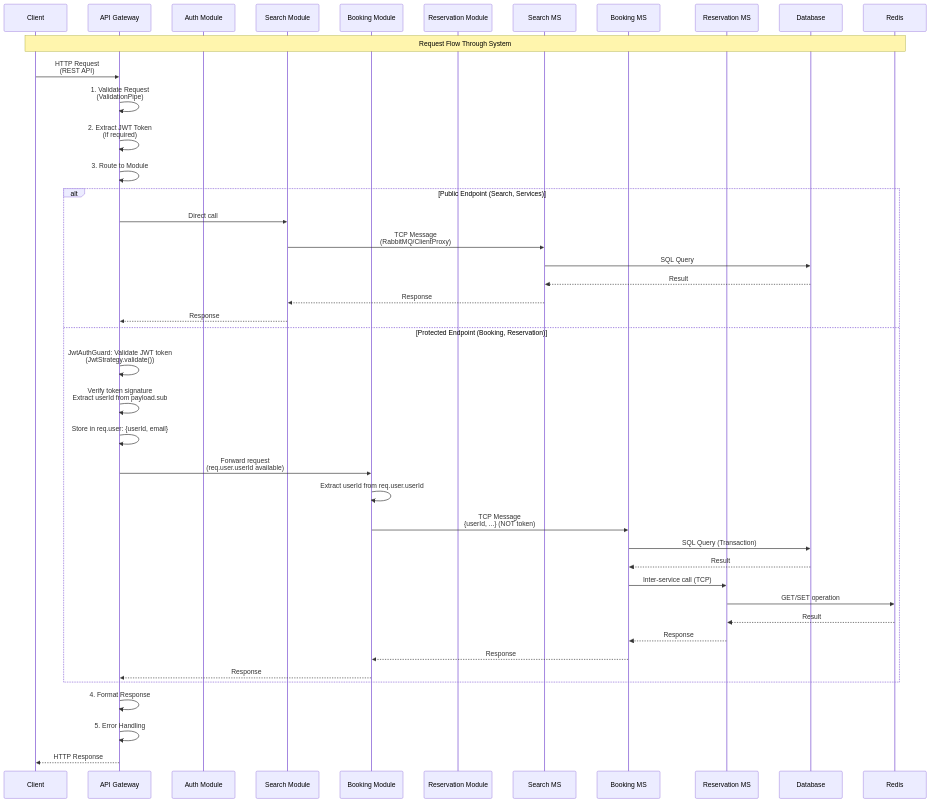
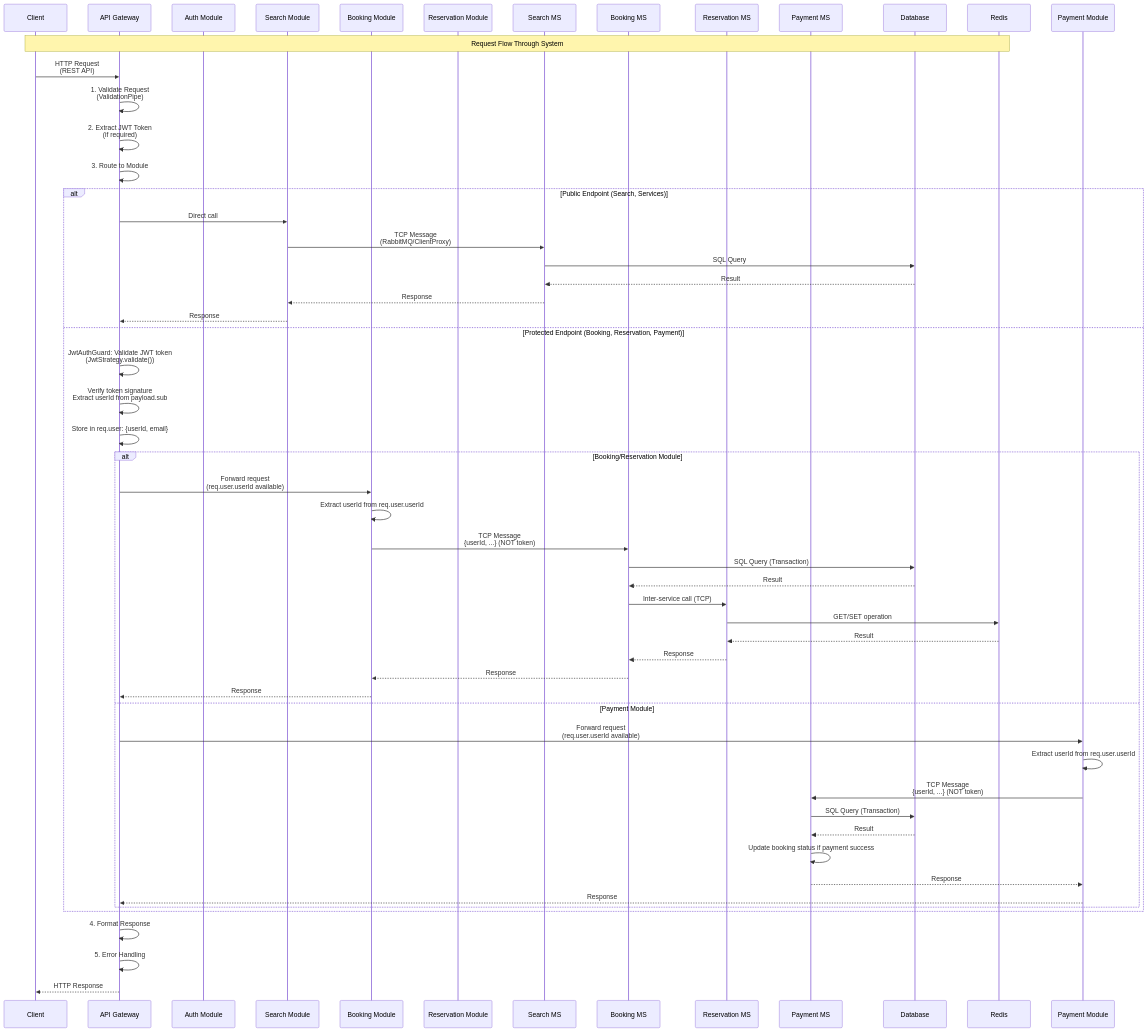
Before and after one commit to Wanderlust-Air-Travel/be-flight-booking: the second of 6 diagrams in docs/api/API_SEQUENCE_DIAGRAMS.md, drawn with Mermaid. The commit also changed other lines of this file and 10 other files, not shown here.

Commit message:
feat: implement payment APIs including create, process, retrieve, and update payment status functionalities; enhance API documentation and testing flow for payment integration

````diff
--- a/docs/api/API_SEQUENCE_DIAGRAMS.md
+++ b/docs/api/API_SEQUENCE_DIAGRAMS.md
@@ -121,49 +146,61 @@
 ```mermaid
 sequenceDiagram
     participant Client
     participant API Gateway
     participant Auth Module
     participant Search Module
     participant Booking Module
     participant Reservation Module
     participant Search MS
     participant Booking MS
     participant Reservation MS
+    participant Payment MS
     participant Database
     participant Redis
 
     Note over Client,Redis: Request Flow Through System
 
     Client->>API Gateway: HTTP Request<br/>(REST API)
     API Gateway->>API Gateway: 1. Validate Request<br/>(ValidationPipe)
     API Gateway->>API Gateway: 2. Extract JWT Token<br/>(if required)
     API Gateway->>API Gateway: 3. Route to Module
 
     alt Public Endpoint (Search, Services)
         API Gateway->>Search Module: Direct call
         Search Module->>Search MS: TCP Message<br/>(RabbitMQ/ClientProxy)
         Search MS->>Database: SQL Query
         Database-->>Search MS: Result
         Search MS-->>Search Module: Response
         Search Module-->>API Gateway: Response
-    else Protected Endpoint (Booking, Reservation)
+    else Protected Endpoint (Booking, Reservation, Payment)
         API Gateway->>API Gateway: JwtAuthGuard: Validate JWT token<br/>(JwtStrategy.validate())
         API Gateway->>API Gateway: Verify token signature<br/>Extract userId from payload.sub
         API Gateway->>API Gateway: Store in req.user: {userId, email}
-        API Gateway->>Booking Module: Forward request<br/>(req.user.userId available)
-        Booking Module->>Booking Module: Extract userId from req.user.userId
-        Booking Module->>Booking MS: TCP Message<br/>{userId, ...} (NOT token)
-        Booking MS->>Database: SQL Query (Transaction)
-        Database-->>Booking MS: Result
-        Booking MS->>Reservation MS: Inter-service call (TCP)
-        Reservation MS->>Redis: GET/SET operation
-        Redis-->>Reservation MS: Result
-        Reservation MS-->>Booking MS: Response
-        Booking MS-->>Booking Module: Response
-        Booking Module-->>API Gateway: Response
+        alt Booking/Reservation Module
+            API Gateway->>Booking Module: Forward request<br/>(req.user.userId available)
+            Booking Module->>Booking Module: Extract userId from req.user.userId
+            Booking Module->>Booking MS: TCP Message<br/>{userId, ...} (NOT token)
+            Booking MS->>Database: SQL Query (Transaction)
+            Database-->>Booking MS: Result
+            Booking MS->>Reservation MS: Inter-service call (TCP)
+            Reservation MS->>Redis: GET/SET operation
+            Redis-->>Reservation MS: Result
+            Reservation MS-->>Booking MS: Response
+            Booking MS-->>Booking Module: Response
+            Booking Module-->>API Gateway: Response
+        else Payment Module
+            API Gateway->>Payment Module: Forward request<br/>(req.user.userId available)
+            Payment Module->>Payment Module: Extract userId from req.user.userId
+            Payment Module->>Payment MS: TCP Message<br/>{userId, ...} (NOT token)
+            Payment MS->>Database: SQL Query (Transaction)
+            Database-->>Payment MS: Result
+            Payment MS->>Payment MS: Update booking status if payment success
+            Payment MS-->>Payment Module: Response
+            Payment Module-->>API Gateway: Response
+        end
     end
 
     API Gateway->>API Gateway: 4. Format Response
     API Gateway->>API Gateway: 5. Error Handling
     API Gateway-->>Client: HTTP Response
 ```
````
